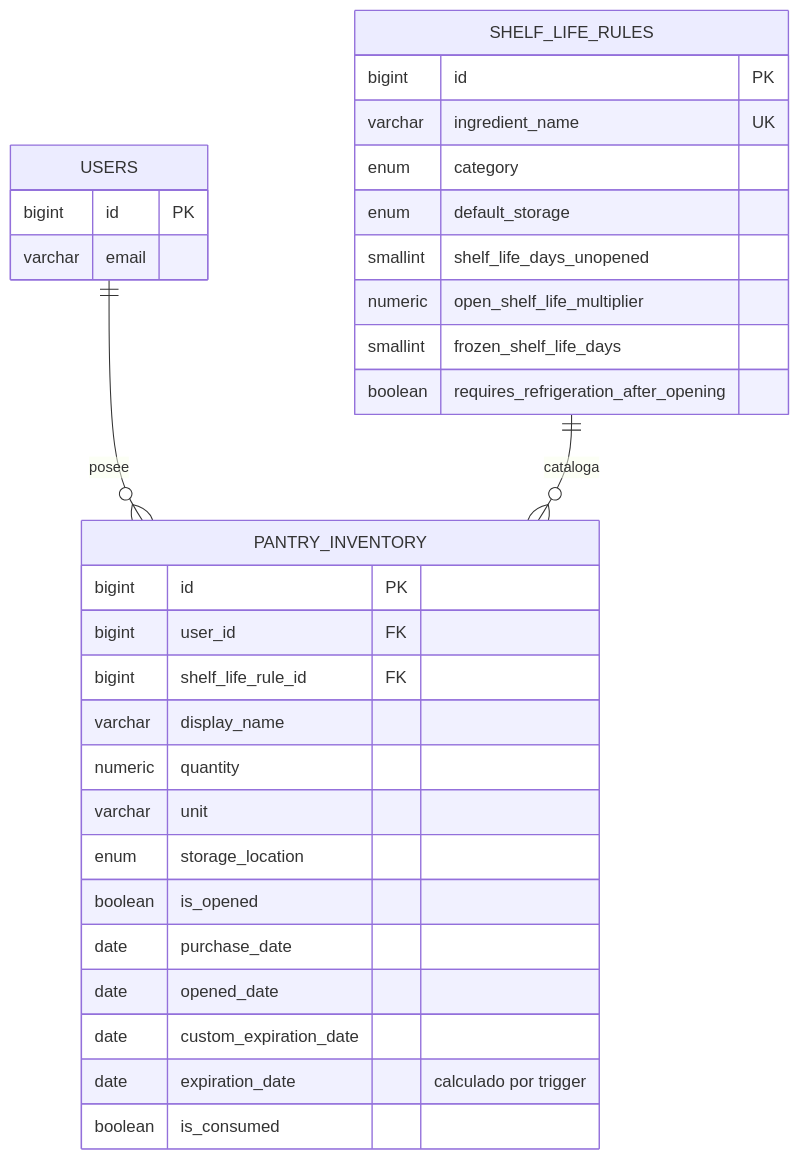
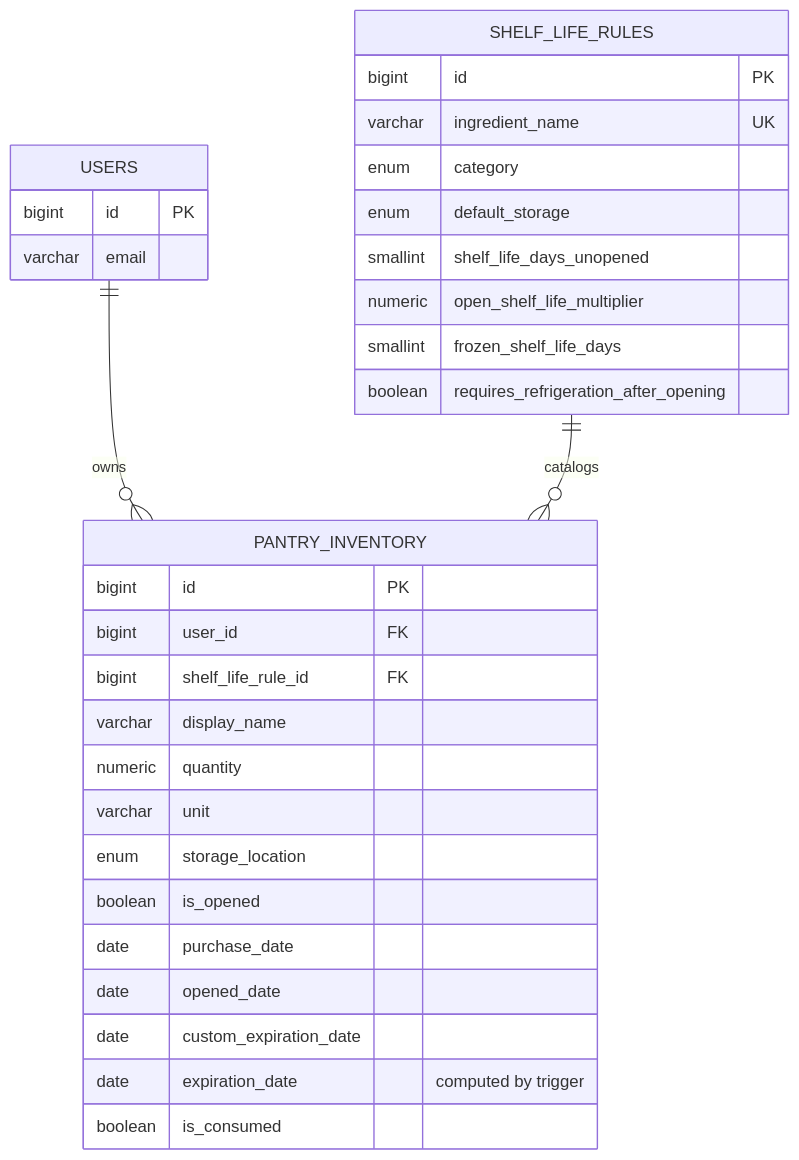
The diagram in database/README.md (OsvaldoOsornio/Alexa-MCP-Grocery-control), drawn with Mermaid before and after one commit. The commit also changed other lines of this file and 8 other files, not shown here.

````diff
--- a/database/README.md
+++ b/database/README.md
@@ -5,37 +5,37 @@
 ```mermaid
 erDiagram
-    USERS ||--o{ PANTRY_INVENTORY : "posee"
-    SHELF_LIFE_RULES ||--o{ PANTRY_INVENTORY : "cataloga"
+    USERS ||--o{ PANTRY_INVENTORY : "owns"
+    SHELF_LIFE_RULES ||--o{ PANTRY_INVENTORY : "catalogs"
 
     USERS {
         bigint id PK
         varchar email
     }
 
     SHELF_LIFE_RULES {
         bigint id PK
         varchar ingredient_name UK
         enum category
         enum default_storage
         smallint shelf_life_days_unopened
         numeric open_shelf_life_multiplier
         smallint frozen_shelf_life_days
         boolean requires_refrigeration_after_opening
     }
 
     PANTRY_INVENTORY {
         bigint id PK
         bigint user_id FK
         bigint shelf_life_rule_id FK
         varchar display_name
         numeric quantity
         varchar unit
         enum storage_location
         boolean is_opened
         date purchase_date
         date opened_date
         date custom_expiration_date
-        date expiration_date "calculado por trigger"
+        date expiration_date "computed by trigger"
         boolean is_consumed
     }
 ```
````
